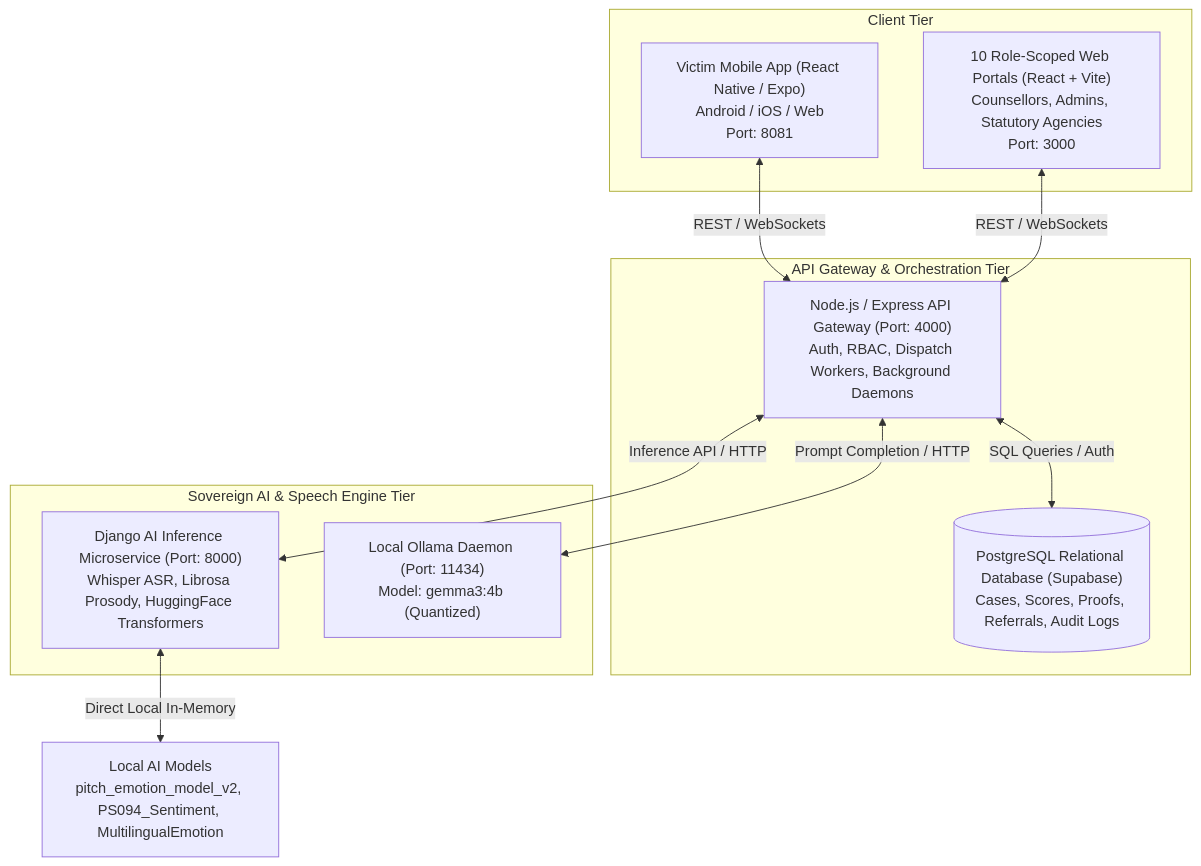
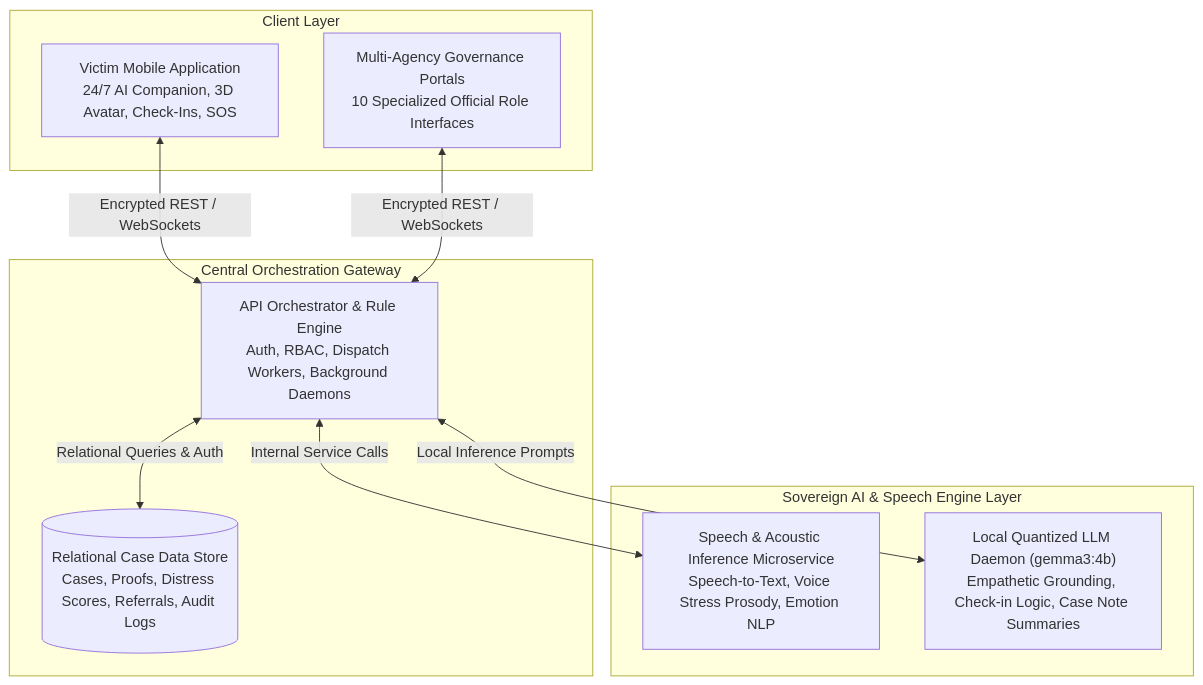
Before and after one commit to Ganga9115/Mansakha: the second of 7 diagrams in Mansakha/README.md, drawn with Mermaid. The commit also changed other lines of this file, not shown here.

Commit message:
docs: present README in pure architectural plan and logic format for evaluators

````diff
--- a/Mansakha/README.md
+++ b/Mansakha/README.md
@@ -98,24 +123,23 @@
 ```mermaid
 graph TD
-    subgraph "Client Tier"
-        MobileApp["Victim Mobile App (React Native / Expo)<br/>Android / iOS / Web<br/>Port: 8081"]
-        WebPortal["10 Role-Scoped Web Portals (React + Vite)<br/>Counsellors, Admins, Statutory Agencies<br/>Port: 3000"]
+    subgraph "Client Layer"
+        MobileApp["Victim Mobile Application<br/>24/7 AI Companion, 3D Avatar, Check-Ins, SOS"]
+        WebPortal["Multi-Agency Governance Portals<br/>10 Specialized Official Role Interfaces"]
     end
 
-    subgraph "API Gateway & Orchestration Tier"
-        NodeBackend["Node.js / Express API Gateway (Port: 4000)<br/>Auth, RBAC, Dispatch Workers, Background Daemons"]
-        SupabaseDB[("PostgreSQL Relational Database (Supabase)<br/>Cases, Scores, Proofs, Referrals, Audit Logs")]
+    subgraph "Central Orchestration Gateway"
+        Gateway["API Orchestrator & Rule Engine<br/>Auth, RBAC, Dispatch Workers, Background Daemons"]
+        Database[("Relational Case Data Store<br/>Cases, Proofs, Distress Scores, Referrals, Audit Logs")]
     end
 
-    subgraph "Sovereign AI & Speech Engine Tier"
-        DjangoAI["Django AI Inference Microservice (Port: 8000)<br/>Whisper ASR, Librosa Prosody, HuggingFace Transformers"]
-        OllamaLLM["Local Ollama Daemon (Port: 11434)<br/>Model: gemma3:4b (Quantized)"]
+    subgraph "Sovereign AI & Speech Engine Layer"
+        MLMicroservice["Speech & Acoustic Inference Microservice<br/>Speech-to-Text, Voice Stress Prosody, Emotion NLP"]
+        LocalLLM["Local Quantized LLM Daemon (gemma3:4b)<br/>Empathetic Grounding, Check-in Logic, Case Note Summaries"]
     end
 
-    MobileApp <-->|REST / WebSockets| NodeBackend
-    WebPortal <-->|REST / WebSockets| NodeBackend
-    NodeBackend <-->|SQL Queries / Auth| SupabaseDB
-    NodeBackend <-->|Inference API / HTTP| DjangoAI
-    NodeBackend <-->|Prompt Completion / HTTP| OllamaLLM
-    DjangoAI <-->|Direct Local In-Memory| Models["Local AI Models<br/>pitch_emotion_model_v2, PS094_Sentiment, MultilingualEmotion"]
+    MobileApp <-->|Encrypted REST / WebSockets| Gateway
+    WebPortal <-->|Encrypted REST / WebSockets| Gateway
+    Gateway <-->|Relational Queries & Auth| Database
+    Gateway <-->|Internal Service Calls| MLMicroservice
+    Gateway <-->|Local Inference Prompts| LocalLLM
 ```
````
